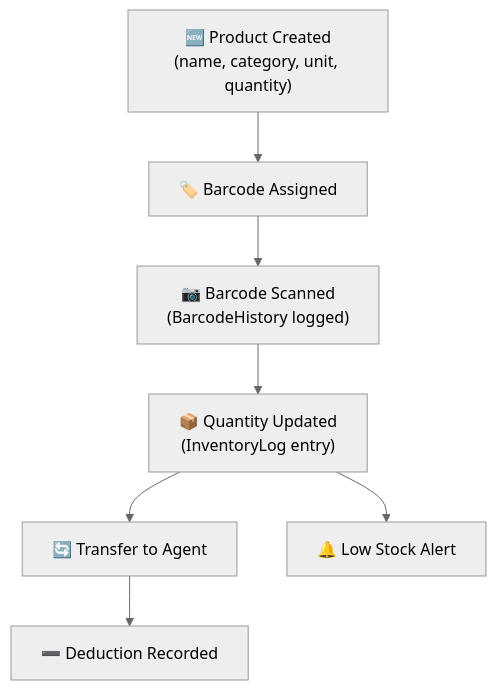
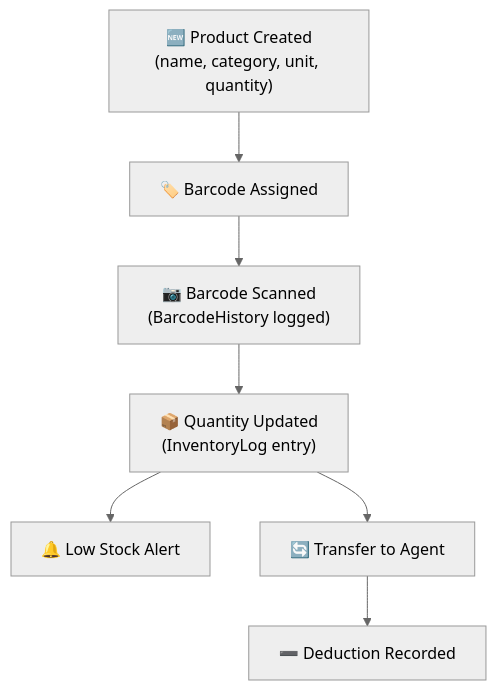
The fifth of 14 diagrams in README.md (mmaikol-dev/rdl-courier-v7), drawn with Mermaid (neutral theme) before and after one commit. The commit also changed other lines of this file and 5 other files, not shown here.

````diff
--- a/README.md
+++ b/README.md
@@ -139,14 +187,14 @@
 ```mermaid
 flowchart TD
     Create["🆕 Product Created\n(name, category, unit, quantity)"]
     Barcode["🏷️ Barcode Assigned"]
     Scan["📷 Barcode Scanned\n(BarcodeHistory logged)"]
     Qty["📦 Quantity Updated\n(InventoryLog entry)"]
+    Alert["🔔 Low Stock Alert"]
     Transfer["🔄 Transfer to Agent"]
     Deduction["➖ Deduction Recorded"]
-    Alert["🔔 Low Stock Alert"]
 
     Create --> Barcode --> Scan --> Qty
     Qty --> Transfer --> Deduction
     Qty --> Alert
 ```
````
